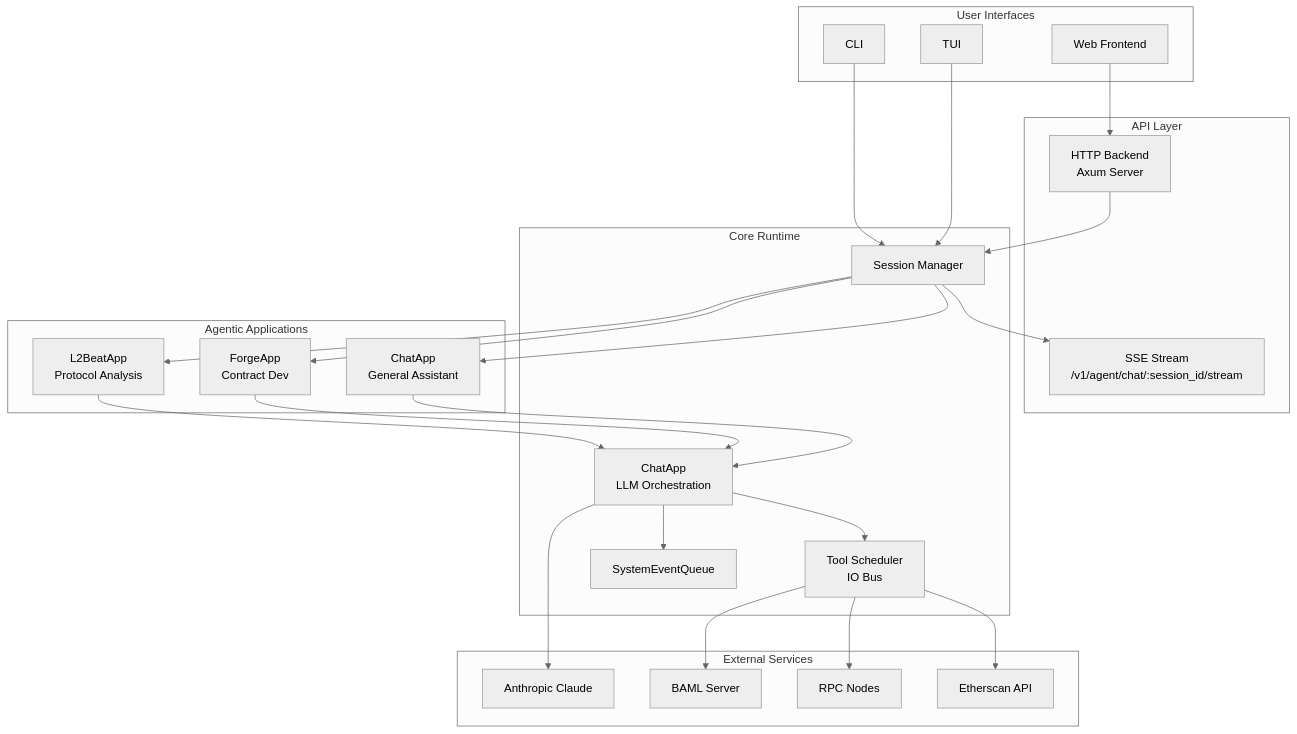
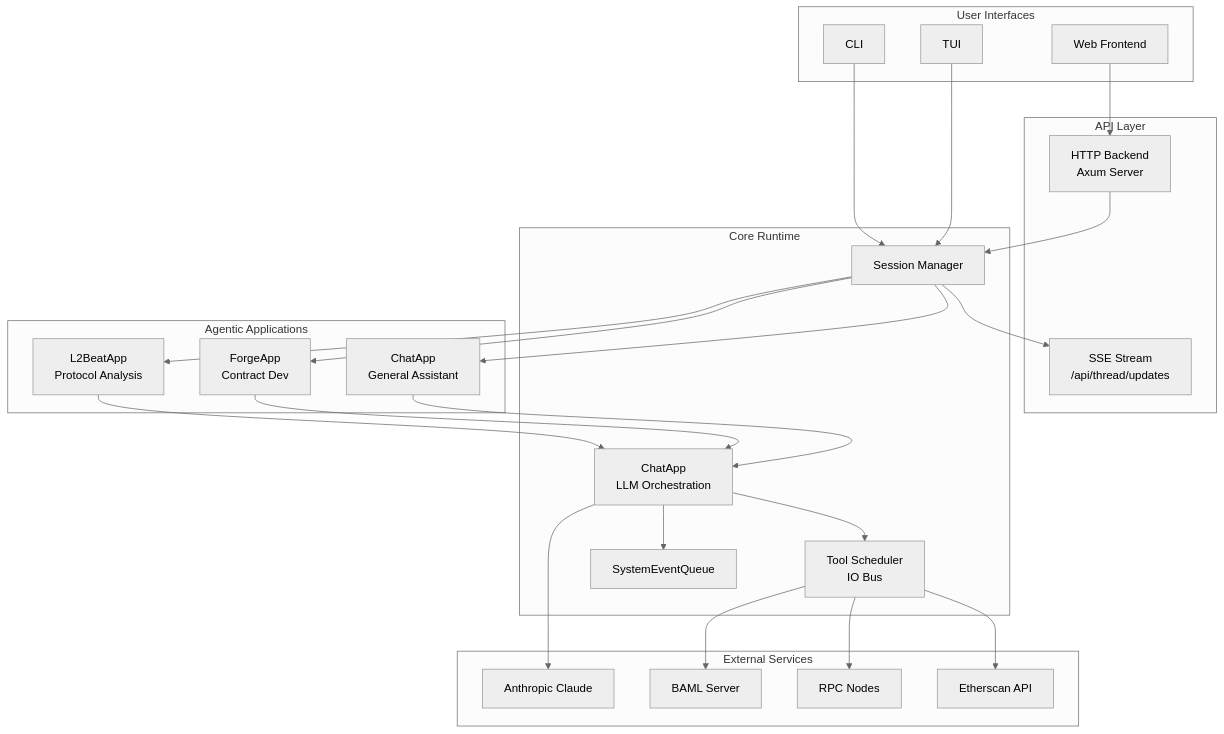
Before and after one commit to aomi-labs/aomi: the first of 6 diagrams in apps/landing/content/guides/reference/architecture.mdx, drawn with Mermaid (neutral theme). The commit also changed 668 other files, not shown here.

````diff
--- a/apps/landing/content/guides/reference/architecture.mdx
+++ b/apps/landing/content/guides/reference/architecture.mdx
@@ -12,55 +12,55 @@
 ```mermaid
 graph TB
     subgraph "User Interfaces"
         CLI[CLI]
         TUI[TUI]
         WEB[Web Frontend]
     end
 
     subgraph "API Layer"
         HTTP[HTTP Backend<br/>Axum Server]
-        SSE[SSE Stream<br/>/v1/agent/chat/:session_id/stream]
+        SSE[SSE Stream<br/>/api/thread/updates]
     end
 
     subgraph "Core Runtime"
         SM[Session Manager]
         CHAT[ChatApp<br/>LLM Orchestration]
         SCHED[Tool Scheduler<br/>IO Bus]
         SEQ[SystemEventQueue]
     end
 
     subgraph "Agentic Applications"
         DEFAULT[ChatApp<br/>General Assistant]
         FORGE[ForgeApp<br/>Contract Dev]
         L2B[L2BeatApp<br/>Protocol Analysis]
     end
 
     subgraph "External Services"
         ANTHROPIC[Anthropic Claude]
         ETHERSCAN[Etherscan API]
         RPC[RPC Nodes]
         BAML[BAML Server]
     end
 
     CLI --> SM
     TUI --> SM
     WEB --> HTTP
     HTTP --> SM
     SM --> SSE
 
     SM --> DEFAULT
     SM --> FORGE
     SM --> L2B
 
     DEFAULT --> CHAT
     FORGE --> CHAT
     L2B --> CHAT
 
     CHAT --> SCHED
     CHAT --> SEQ
     CHAT --> ANTHROPIC
 
     SCHED --> ETHERSCAN
     SCHED --> RPC
     SCHED --> BAML
 ```
````
